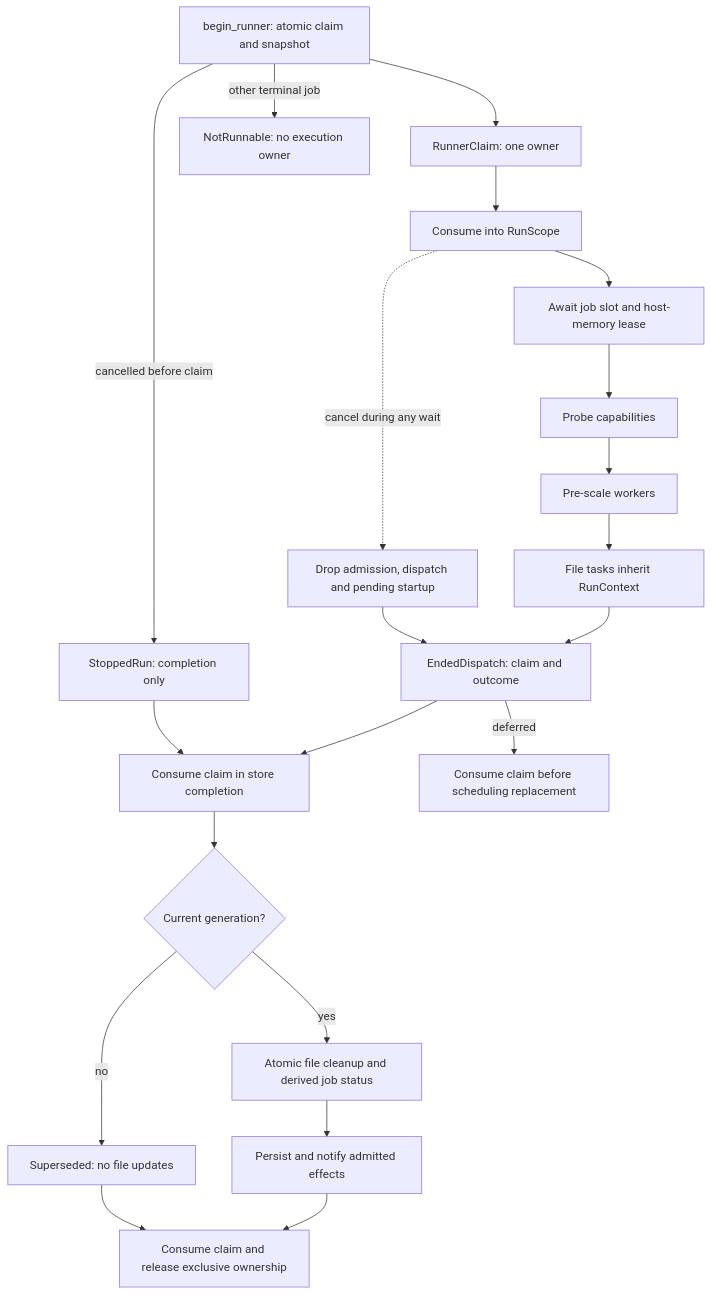
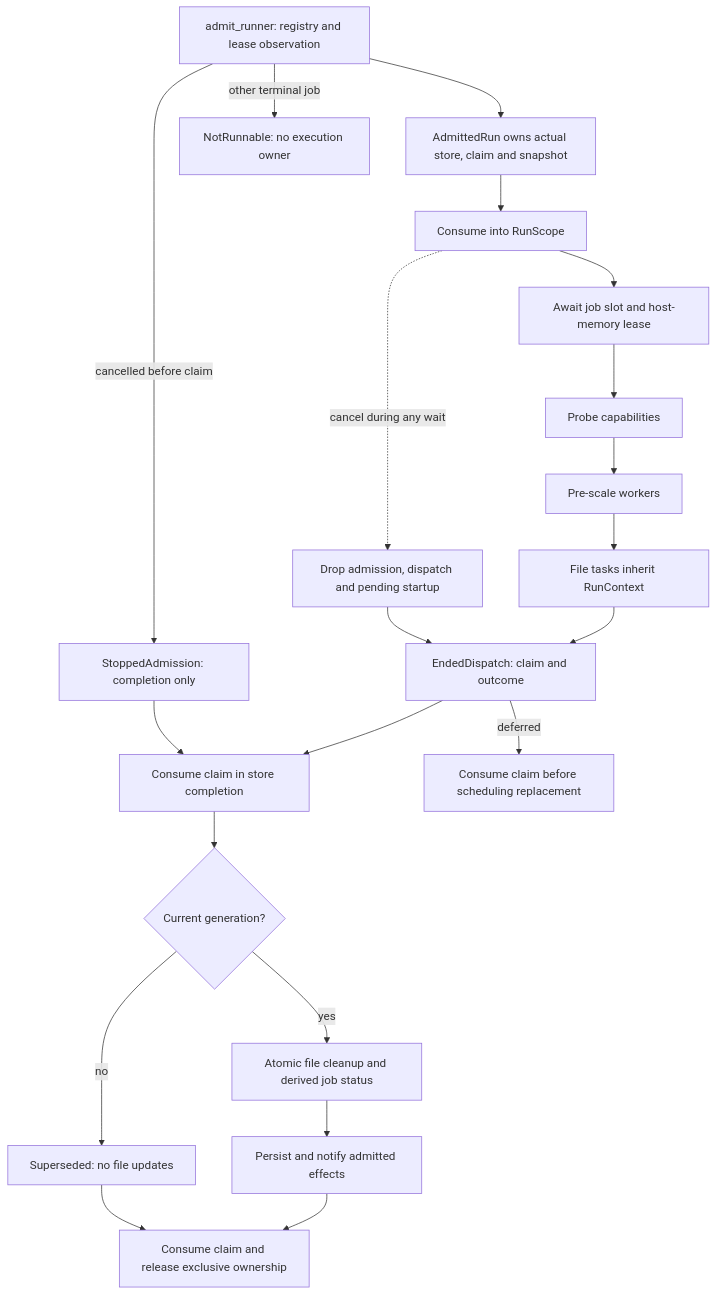
Before and after one commit to FranklinChen/talkbank-tools: the third of 4 diagrams in book/src/batchalign/architecture/job-state-machine.md, drawn with Mermaid. The commit also changed other lines of this file and 204 other files, not shown here.

````diff
--- a/book/src/batchalign/architecture/job-state-machine.md
+++ b/book/src/batchalign/architecture/job-state-machine.md
@@ -424,23 +383,23 @@
 ```mermaid
 flowchart TD
-    begin["begin_runner: atomic claim and snapshot"] --> claim["RunnerClaim: one owner"]
+    begin["admit_runner: registry and lease observation"] --> claim["AdmittedRun owns actual store, claim and snapshot"]
     claim --> scope["Consume into RunScope"]
     scope --> admission["Await job slot and host-memory lease"]
     admission --> probe["Probe capabilities"]
     probe --> warmup["Pre-scale workers"]
     warmup --> files["File tasks inherit RunContext"]
     files --> ended["EndedDispatch: claim and outcome"]
     scope -. "cancel during any wait" .-> stop["Drop admission, dispatch and pending startup"]
     stop --> ended
     ended --> finish["Consume claim in store completion"]
     ended -->|deferred| defer["Consume claim before scheduling replacement"]
     finish --> admit{"Current generation?"}
     admit -->|yes| close["Atomic file cleanup and derived job status"]
     admit -->|no| stale["Superseded: no file updates"]
     close --> effects["Persist and notify admitted effects"]
     effects --> release["Consume claim and release exclusive ownership"]
     stale --> release
-    begin -->|cancelled before claim| stopped["StoppedRun: completion only"]
+    begin -->|cancelled before claim| stopped["StoppedAdmission: completion only"]
     stopped --> finish
     begin -->|other terminal job| none["NotRunnable: no execution owner"]
 ```
````
